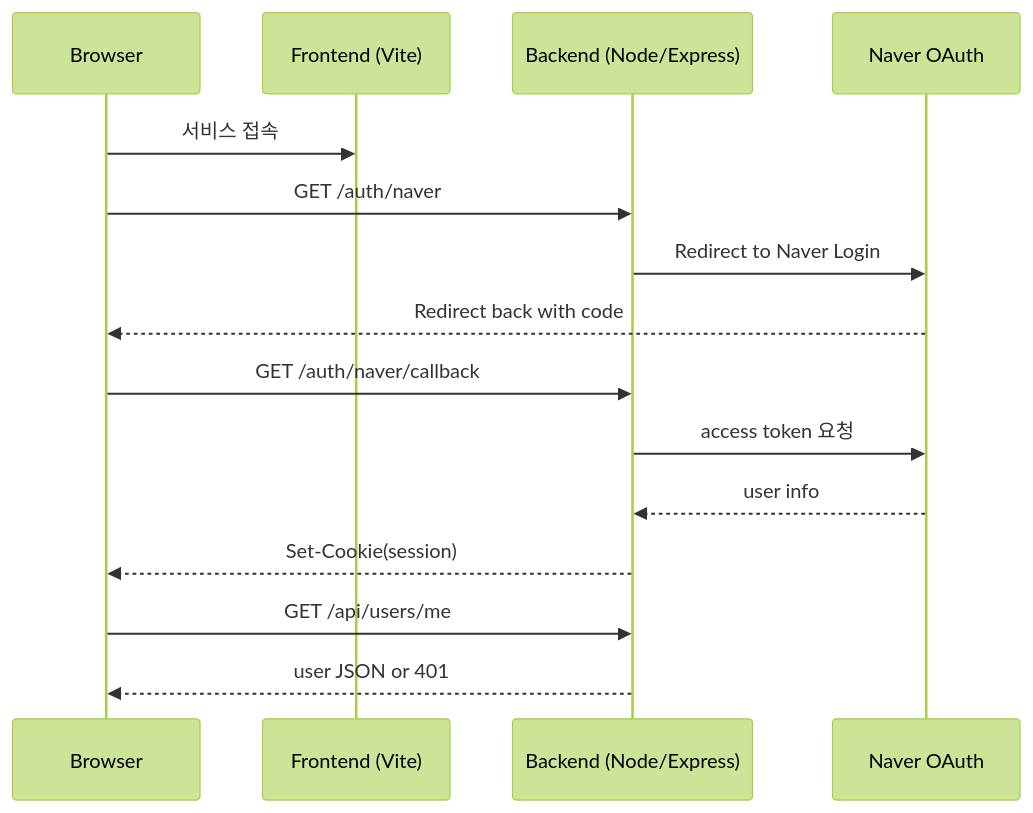
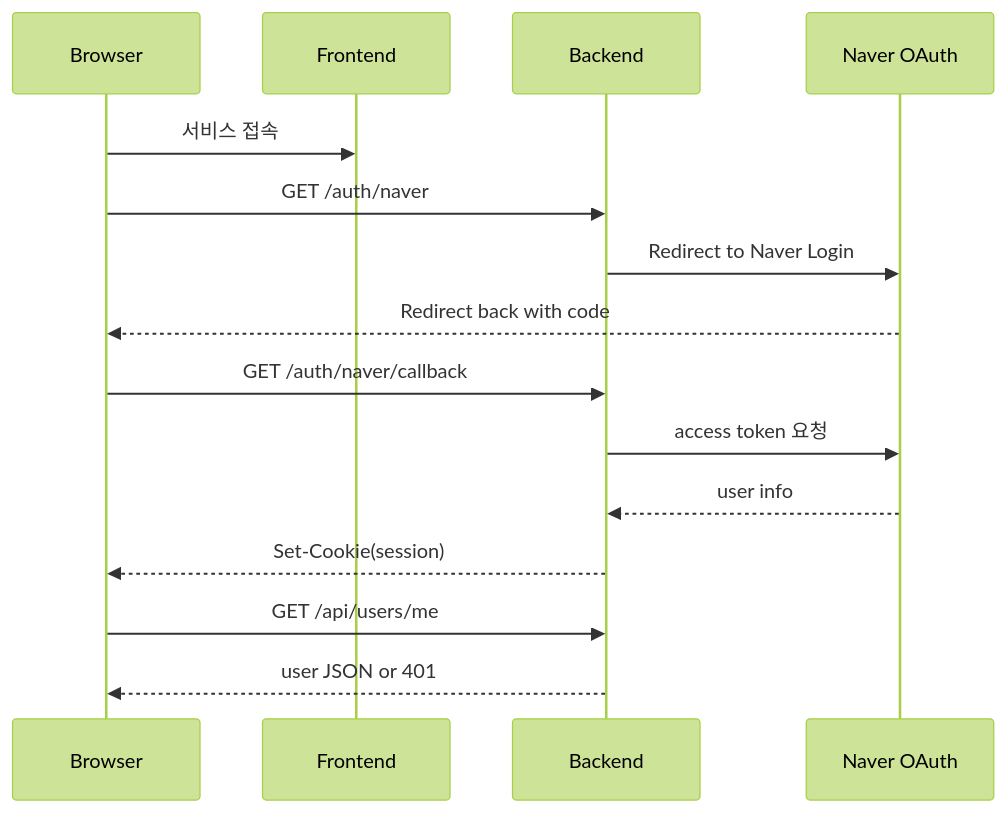
Before and after one commit to Economy0326/popup-store: the diagram in README.md, drawn with Mermaid (forest theme). The commit also changed other lines of this file, not shown here.

````diff
--- a/README.md
+++ b/README.md
@@ -692,18 +634,18 @@
 ```mermaid
 sequenceDiagram
   participant B as Browser
-  participant F as Frontend (Vite)
-  participant N as Backend (Node/Express)
+  participant F as Frontend
+  participant N as Backend
   participant O as Naver OAuth
 
   B->>F: 서비스 접속
   B->>N: GET /auth/naver
   N->>O: Redirect to Naver Login
   O-->>B: Redirect back with code
   B->>N: GET /auth/naver/callback
   N->>O: access token 요청
   O-->>N: user info
   N-->>B: Set-Cookie(session)
   B->>N: GET /api/users/me
   N-->>B: user JSON or 401
 ```
````
